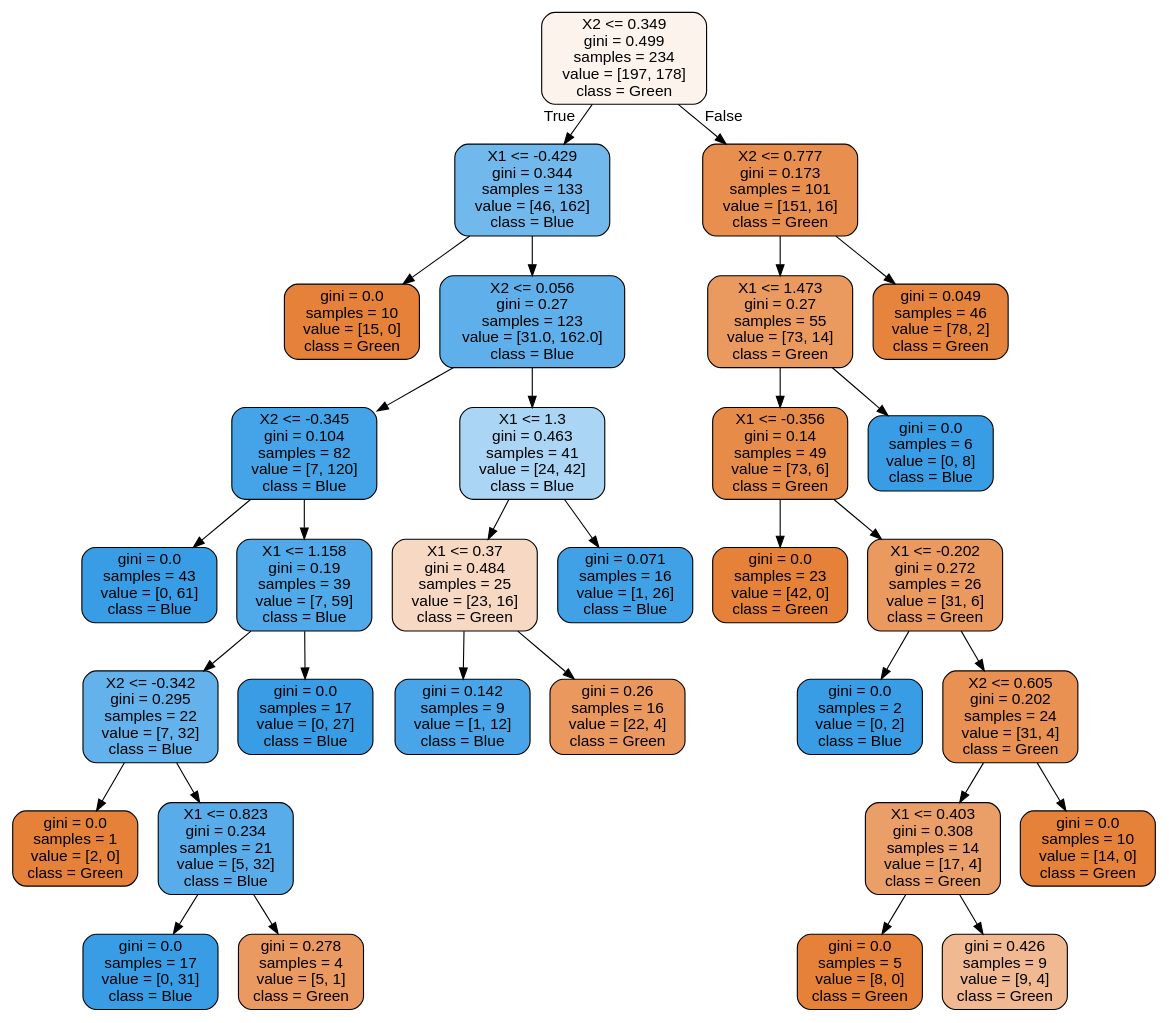
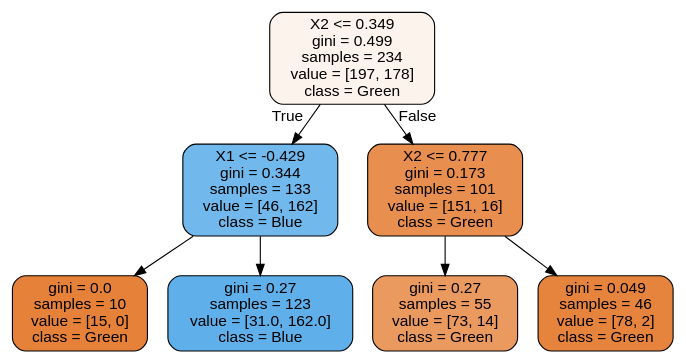
One commit to Pabarkyan/DS_PT_02_2024 changed the diagram in 03-Machine_Learning/01-Supervisado/03-Modelos/02-Ensemble_Learning_and_Random_Forests/images/ensembles/example_tree.dot. Above: the diagram before and after it, drawn with Graphviz. The commit also changed 4 other files, not shown here.

```diff
--- a/03-Machine_Learning/01-Supervisado/03-Modelos/02-Ensemble_Learning_and_Random_Forests/images/ensembles/example_tree.dot
+++ b/03-Machine_Learning/01-Supervisado/03-Modelos/02-Ensemble_Learning_and_Random_Forests/images/ensembles/example_tree.dot
@@ -1,65 +1,17 @@
 digraph Tree {
 node [shape=box, style="filled, rounded", color="black", fontname="helvetica"] ;
 edge [fontname="helvetica"] ;
 0 [label="X2 <= 0.349\ngini = 0.499\nsamples = 234\nvalue = [197, 178]\nclass = Green", fillcolor="#fcf3ec"] ;
 1 [label="X1 <= -0.429\ngini = 0.344\nsamples = 133\nvalue = [46, 162]\nclass = Blue", fillcolor="#71b9ec"] ;
 0 -> 1 [labeldistance=2.5, labelangle=45, headlabel="True"] ;
 3 [label="gini = 0.0\nsamples = 10\nvalue = [15, 0]\nclass = Green", fillcolor="#e58139"] ;
 1 -> 3 ;
-4 [label="X2 <= 0.056\ngini = 0.27\nsamples = 123\nvalue = [31.0, 162.0]\nclass = Blue", fillcolor="#5fb0ea"] ;
+4 [label="gini = 0.27\nsamples = 123\nvalue = [31.0, 162.0]\nclass = Blue", fillcolor="#5fb0ea"] ;
 1 -> 4 ;
-5 [label="X2 <= -0.345\ngini = 0.104\nsamples = 82\nvalue = [7, 120]\nclass = Blue", fillcolor="#45a3e7"] ;
-4 -> 5 ;
-19 [label="gini = 0.0\nsamples = 43\nvalue = [0, 61]\nclass = Blue", fillcolor="#399de5"] ;
-5 -> 19 ;
-20 [label="X1 <= 1.158\ngini = 0.19\nsamples = 39\nvalue = [7, 59]\nclass = Blue", fillcolor="#50a9e8"] ;
-5 -> 20 ;
-21 [label="X2 <= -0.342\ngini = 0.295\nsamples = 22\nvalue = [7, 32]\nclass = Blue", fillcolor="#64b2eb"] ;
-20 -> 21 ;
-23 [label="gini = 0.0\nsamples = 1\nvalue = [2, 0]\nclass = Green", fillcolor="#e58139"] ;
-21 -> 23 ;
-24 [label="X1 <= 0.823\ngini = 0.234\nsamples = 21\nvalue = [5, 32]\nclass = Blue", fillcolor="#58ace9"] ;
-21 -> 24 ;
-25 [label="gini = 0.0\nsamples = 17\nvalue = [0, 31]\nclass = Blue", fillcolor="#399de5"] ;
-24 -> 25 ;
-26 [label="gini = 0.278\nsamples = 4\nvalue = [5, 1]\nclass = Green", fillcolor="#ea9a61"] ;
-24 -> 26 ;
-22 [label="gini = 0.0\nsamples = 17\nvalue = [0, 27]\nclass = Blue", fillcolor="#399de5"] ;
-20 -> 22 ;
-6 [label="X1 <= 1.3\ngini = 0.463\nsamples = 41\nvalue = [24, 42]\nclass = Blue", fillcolor="#aad5f4"] ;
-4 -> 6 ;
-7 [label="X1 <= 0.37\ngini = 0.484\nsamples = 25\nvalue = [23, 16]\nclass = Green", fillcolor="#f7d9c3"] ;
-6 -> 7 ;
-9 [label="gini = 0.142\nsamples = 9\nvalue = [1, 12]\nclass = Blue", fillcolor="#49a5e7"] ;
-7 -> 9 ;
-10 [label="gini = 0.26\nsamples = 16\nvalue = [22, 4]\nclass = Green", fillcolor="#ea985d"] ;
-7 -> 10 ;
-8 [label="gini = 0.071\nsamples = 16\nvalue = [1, 26]\nclass = Blue", fillcolor="#41a1e6"] ;
-6 -> 8 ;
 2 [label="X2 <= 0.777\ngini = 0.173\nsamples = 101\nvalue = [151, 16]\nclass = Green", fillcolor="#e88e4e"] ;
 0 -> 2 [labeldistance=2.5, labelangle=-45, headlabel="False"] ;
-11 [label="X1 <= 1.473\ngini = 0.27\nsamples = 55\nvalue = [73, 14]\nclass = Green", fillcolor="#ea995f"] ;
-2 -> 11 ;
-13 [label="X1 <= -0.356\ngini = 0.14\nsamples = 49\nvalue = [73, 6]\nclass = Green", fillcolor="#e78b49"] ;
-11 -> 13 ;
-15 [label="gini = 0.0\nsamples = 23\nvalue = [42, 0]\nclass = Green", fillcolor="#e58139"] ;
-13 -> 15 ;
-16 [label="X1 <= -0.202\ngini = 0.272\nsamples = 26\nvalue = [31, 6]\nclass = Green", fillcolor="#ea995f"] ;
-13 -> 16 ;
-17 [label="gini = 0.0\nsamples = 2\nvalue = [0, 2]\nclass = Blue", fillcolor="#399de5"] ;
-16 -> 17 ;
-18 [label="X2 <= 0.605\ngini = 0.202\nsamples = 24\nvalue = [31, 4]\nclass = Green", fillcolor="#e89153"] ;
-16 -> 18 ;
-27 [label="X1 <= 0.403\ngini = 0.308\nsamples = 14\nvalue = [17, 4]\nclass = Green", fillcolor="#eb9f68"] ;
-18 -> 27 ;
-29 [label="gini = 0.0\nsamples = 5\nvalue = [8, 0]\nclass = Green", fillcolor="#e58139"] ;
-27 -> 29 ;
-30 [label="gini = 0.426\nsamples = 9\nvalue = [9, 4]\nclass = Green", fillcolor="#f1b991"] ;
-27 -> 30 ;
-28 [label="gini = 0.0\nsamples = 10\nvalue = [14, 0]\nclass = Green", fillcolor="#e58139"] ;
-18 -> 28 ;
-14 [label="gini = 0.0\nsamples = 6\nvalue = [0, 8]\nclass = Blue", fillcolor="#399de5"] ;
-11 -> 14 ;
-12 [label="gini = 0.049\nsamples = 46\nvalue = [78, 2]\nclass = Green", fillcolor="#e6843e"] ;
-2 -> 12 ;
+5 [label="gini = 0.27\nsamples = 55\nvalue = [73, 14]\nclass = Green", fillcolor="#ea995f"] ;
+2 -> 5 ;
+6 [label="gini = 0.049\nsamples = 46\nvalue = [78, 2]\nclass = Green", fillcolor="#e6843e"] ;
+2 -> 6 ;
 }
```
